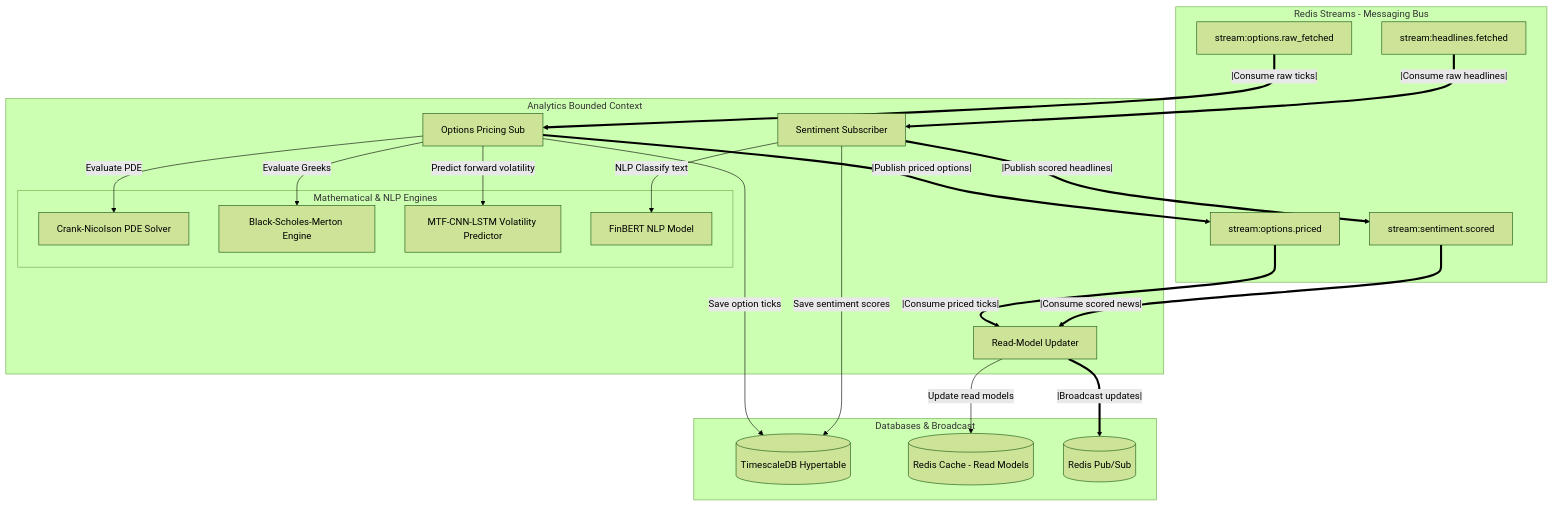
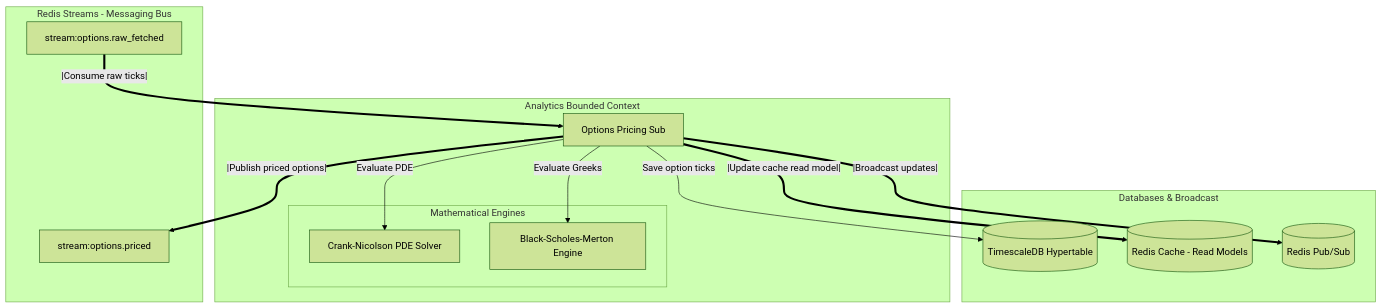
One commit to NirmayKadam/Shani changed the fourth of 5 diagrams in docs/architecture.md. Above: the diagram before and after it, drawn with Mermaid (forest theme). The commit also changed other lines of this file and 8 other files, not shown here.

````diff
--- a/docs/architecture.md
+++ b/docs/architecture.md
@@ -225,48 +188,31 @@
 ```mermaid
 graph TD
     subgraph Streams [Redis Streams - Messaging Bus]
         RawTicks["stream:options.raw_fetched"]
-        RawNews["stream:headlines.fetched"]
         PricedTicks["stream:options.priced"]
-        ScoredNews["stream:sentiment.scored"]
     end
 
     subgraph Analytics_Domain [Analytics Bounded Context]
         OptionsSub[Options Pricing Sub]
-        SentimentSub[Sentiment Subscriber]
-        ReadModelUpdater[Read-Model Updater]
 
-        subgraph Core_Engines [Mathematical & NLP Engines]
+        subgraph Core_Engines [Mathematical Engines]
             CNPricer[Crank-Nicolson PDE Solver]
             BSMPricer[Black-Scholes-Merton Engine]
-            MLPredictor[MTF-CNN-LSTM Volatility Predictor]
-            FinBERT[FinBERT NLP Model]
         end
     end
 
     subgraph Storage [Databases & Broadcast]
         TimescaleDB[(TimescaleDB Hypertable)]
         RedisCache[(Redis Cache - Read Models)]
         RedisPubSub[(Redis Pub/Sub)]
     end
 
     %% Flow Option Pricing
     RawTicks ==|Consume raw ticks|==> OptionsSub
     OptionsSub -->|Evaluate PDE| CNPricer
     OptionsSub -->|Evaluate Greeks| BSMPricer
-    OptionsSub -->|Predict forward volatility| MLPredictor
     OptionsSub -->|Save option ticks| TimescaleDB
+    OptionsSub ==|Update cache read model|==> RedisCache
     OptionsSub ==|Publish priced options|==> PricedTicks
-
-    %% Flow Sentiment
-    RawNews ==|Consume raw headlines|==> SentimentSub
-    SentimentSub -->|NLP Classify text| FinBERT
-    SentimentSub -->|Save sentiment scores| TimescaleDB
-    SentimentSub ==|Publish scored headlines|==> ScoredNews
-
-    %% Read Model Updating
-    PricedTicks ==|Consume priced ticks|==> ReadModelUpdater
-    ScoredNews ==|Consume scored news|==> ReadModelUpdater
-    ReadModelUpdater -->|Update read models| RedisCache
-    ReadModelUpdater ==|Broadcast updates|==> RedisPubSub
+    OptionsSub ==|Broadcast updates|==> RedisPubSub
 ```
````
